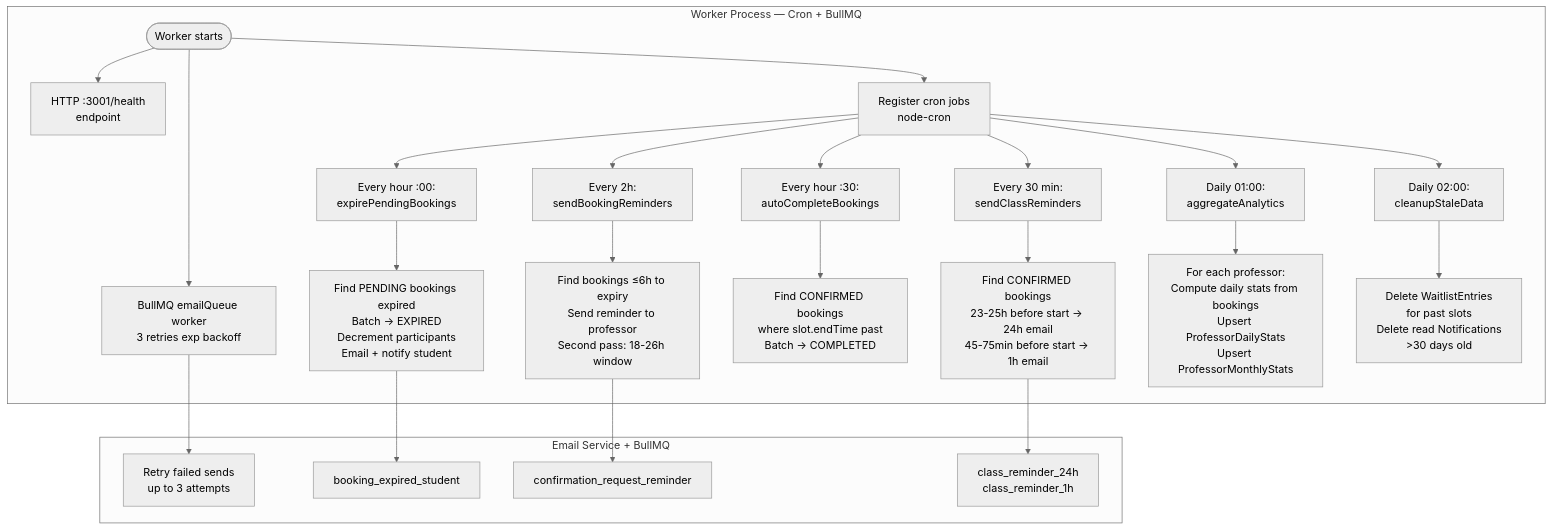
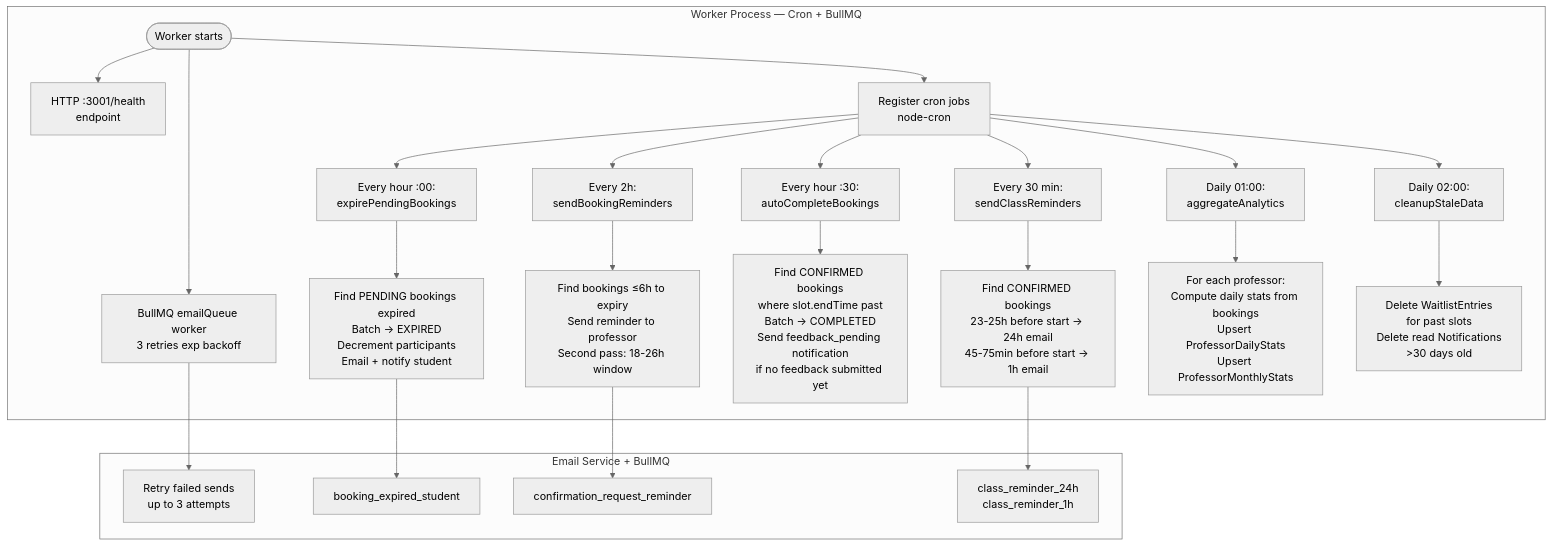
Before and after one commit to thekgiga/spanish-class: diagram 22 of 22 in docs/bpmn/processes-overview.md, drawn with Mermaid (neutral theme). The commit also changed other lines of this file and 21 other files, not shown here.

````diff
--- a/docs/bpmn/processes-overview.md
+++ b/docs/bpmn/processes-overview.md
@@ -917,29 +964,29 @@
 ```mermaid
 flowchart TD
   subgraph Worker[Worker Process — Cron + BullMQ]
     START([Worker starts]) --> HEALTH[HTTP :3001/health\nendpoint]
     START --> EMAILQ[BullMQ emailQueue worker\n3 retries exp backoff]
     START --> CRON[Register cron jobs\nnode-cron]
 
     CRON --> J1[Every hour :00:\nexpirePendingBookings]
     CRON --> J2[Every 2h:\nsendBookingReminders]
     CRON --> J3[Every hour :30:\nautoCompleteBookings]
     CRON --> J4[Every 30 min:\nsendClassReminders]
     CRON --> J5[Daily 01:00:\naggregateAnalytics]
     CRON --> J6[Daily 02:00:\ncleanupStaleData]
 
     J1 --> SYS1[Find PENDING bookings expired\nBatch → EXPIRED\nDecrement participants\nEmail + notify student]
     J2 --> SYS2[Find bookings ≤6h to expiry\nSend reminder to professor\nSecond pass: 18-26h window]
-    J3 --> SYS3[Find CONFIRMED bookings\nwhere slot.endTime past\nBatch → COMPLETED]
+    J3 --> SYS3[Find CONFIRMED bookings\nwhere slot.endTime past\nBatch → COMPLETED\nSend feedback_pending notification\nif no feedback submitted yet]
     J4 --> SYS4[Find CONFIRMED bookings\n23-25h before start → 24h email\n45-75min before start → 1h email]
     J5 --> SYS5[For each professor:\nCompute daily stats from bookings\nUpsert ProfessorDailyStats\nUpsert ProfessorMonthlyStats]
     J6 --> SYS6[Delete WaitlistEntries\nfor past slots\nDelete read Notifications\n>30 days old]
   end
 
   subgraph EmailService[Email Service + BullMQ]
     SYS1 --> EM1[booking_expired_student]
     SYS2 --> EM2[confirmation_request_reminder]
     SYS4 --> EM3[class_reminder_24h\nclass_reminder_1h]
     EMAILQ --> EM4[Retry failed sends\nup to 3 attempts]
   end
 ```
````
